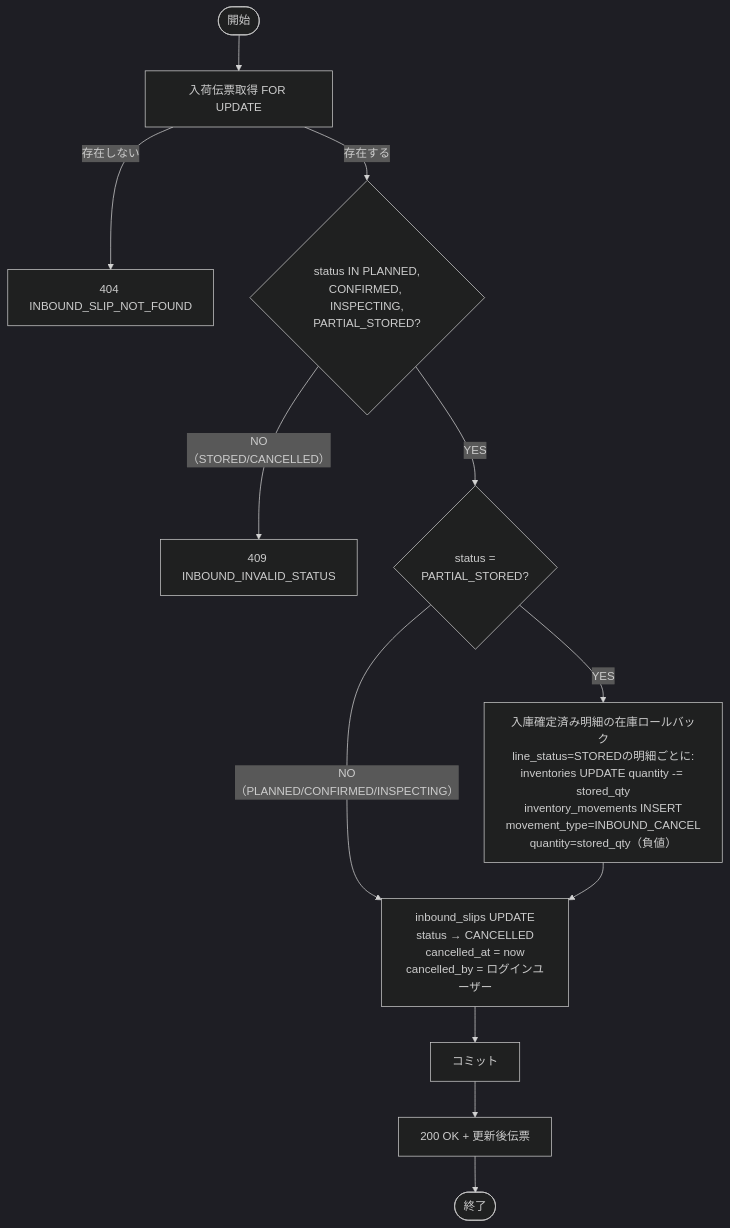
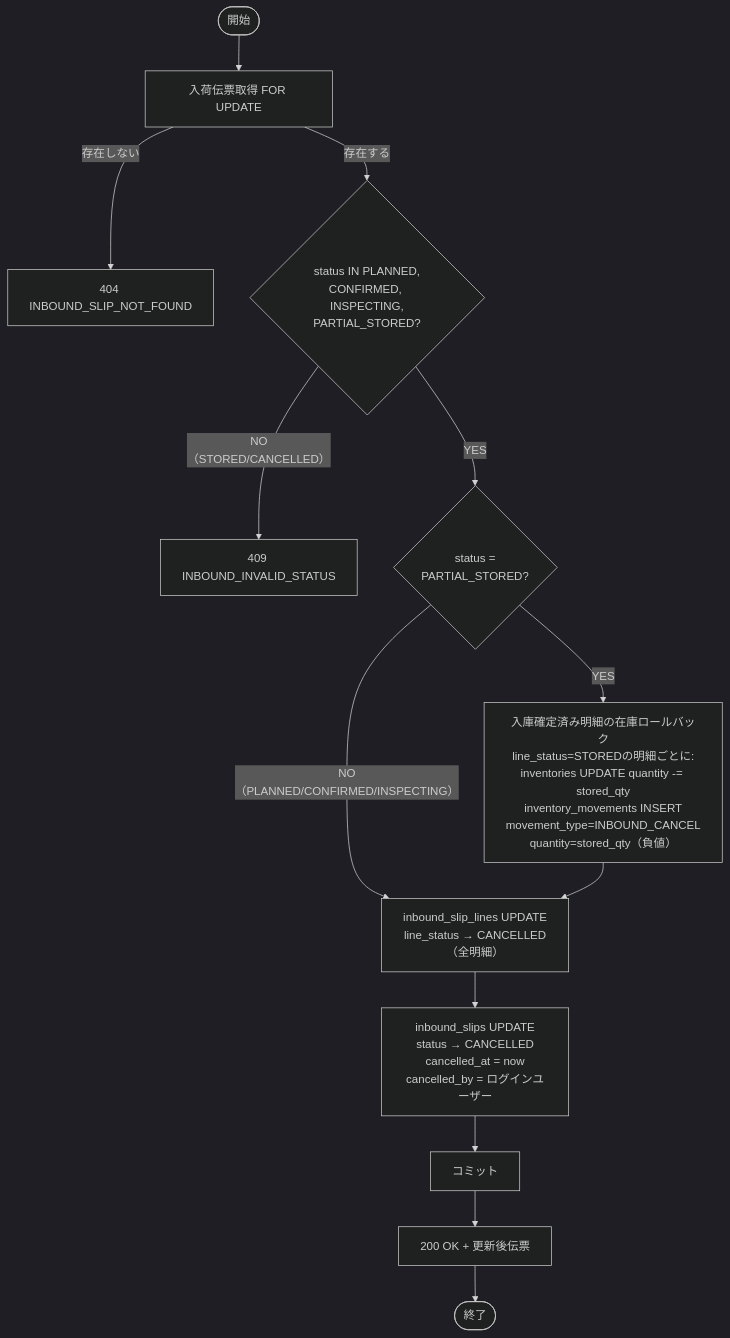
Before and after one commit to hidefumiagata/wms: the eighth of 11 diagrams in docs/functional-design/API-06-inbound.md, drawn with Mermaid (dark theme). The commit also changed other lines of this file and 4 other files, not shown here.

First line of the commit message:
fix: 入荷キャンセル時に全明細ステータスをCANCELLEDに更新 / Update all line statuses to CANCELLED on inbound cancel

````diff
--- a/docs/functional-design/API-06-inbound.md
+++ b/docs/functional-design/API-06-inbound.md
@@ -658,15 +662,17 @@
 ```mermaid
 flowchart TD
     START([開始]) --> FETCH[入荷伝票取得 FOR UPDATE]
     FETCH -->|存在しない| ERR404[404 INBOUND_SLIP_NOT_FOUND]
     FETCH -->|存在する| CHECK{status IN PLANNED,\nCONFIRMED, INSPECTING,\nPARTIAL_STORED?}
     CHECK -->|NO（STORED/CANCELLED）| ERR409[409 INBOUND_INVALID_STATUS]
     CHECK -->|YES| CHECK_PARTIAL{status =\nPARTIAL_STORED?}
-    CHECK_PARTIAL -->|NO（PLANNED/CONFIRMED/INSPECTING）| UPDATE
+    CHECK_PARTIAL -->|NO（PLANNED/CONFIRMED/INSPECTING）| UPDATE_LINES
     CHECK_PARTIAL -->|YES| ROLLBACK[入庫確定済み明細の在庫ロールバック\nline_status=STOREDの明細ごとに:\ninventories UPDATE quantity -= stored_qty\ninventory_movements INSERT\nmovement_type=INBOUND_CANCEL\nquantity=stored_qty（負値）]
-    ROLLBACK --> UPDATE
+    ROLLBACK --> UPDATE_LINES
+    UPDATE_LINES[inbound_slip_lines UPDATE\nline_status → CANCELLED（全明細）]
+    UPDATE_LINES --> UPDATE
     UPDATE[inbound_slips UPDATE\nstatus → CANCELLED\ncancelled_at = now\ncancelled_by = ログインユーザー]
     UPDATE --> COMMIT[コミット]
     COMMIT --> RETURN[200 OK + 更新後伝票]
     RETURN --> END([終了])
 ```
````
